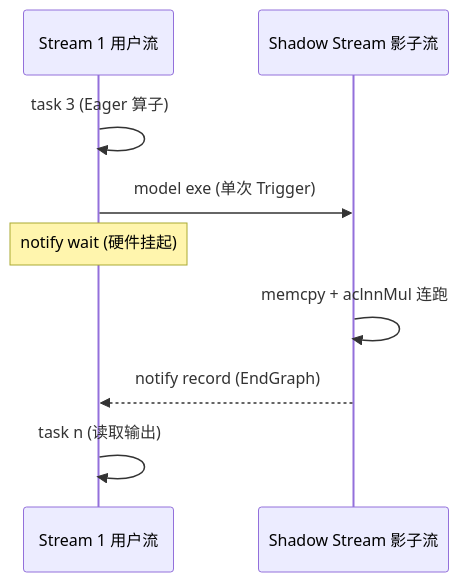
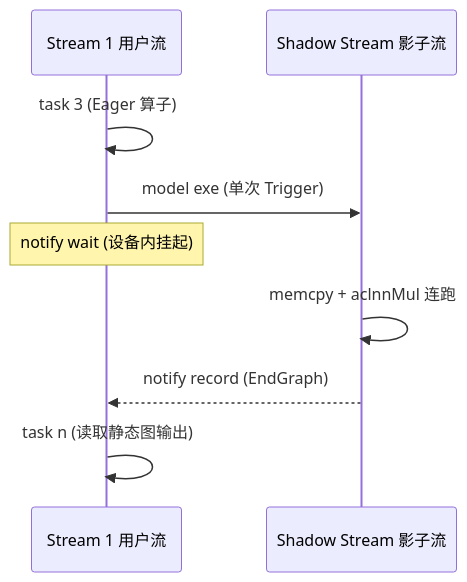
Before and after one commit to xingcanlee/infra-note: the first of 2 diagrams in src/content/posts/aclgraph/04-acl-graph-architecture-and-capture/index.mdx, drawn with Mermaid. The commit also changed other lines of this file and 57 other files, not shown here.

Commit message:
feat(mhc,aclgraph): rewrite 08-mhc and aclgraph series with modular explainers, diagrams, and paper/blog references

````diff
--- a/src/content/posts/aclgraph/04-acl-graph-architecture-and-capture/index.mdx
+++ b/src/content/posts/aclgraph/04-acl-graph-architecture-and-capture/index.mdx
@@ -73,11 +62,11 @@
-```mermaid caption="图 3：Replay 阶段用户流下发 model exe 与 notify wait 触发影子流时序"
+```mermaid caption="图 3：Replay 阶段用户流下发 model exe 与 notify wait 触发影子流硬件握手时序"
 sequenceDiagram
     participant S1 as Stream 1 用户流
     participant M as Shadow Stream 影子流
     S1->>S1: task 3 (Eager 算子)
     S1->>M: model exe (单次 Trigger)
-    Note over S1: notify wait (硬件挂起)
+    Note over S1: notify wait (设备内挂起)
     M->>M: memcpy + aclnnMul 连跑
     M-->>S1: notify record (EndGraph)
-    S1->>S1: task n (读取输出)
+    S1->>S1: task n (读取静态图输出)
 ```
````
